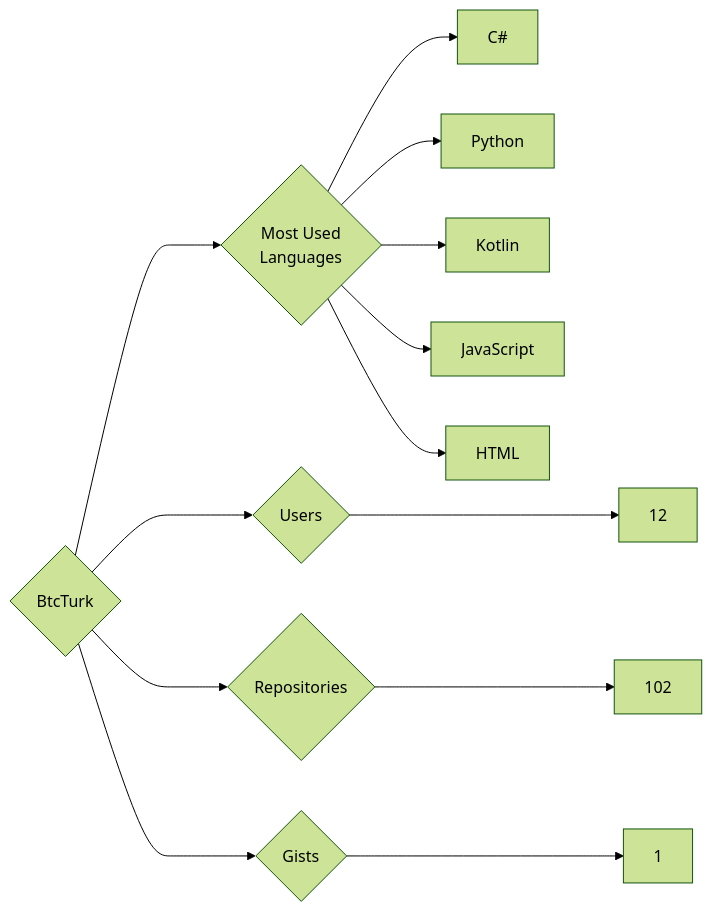
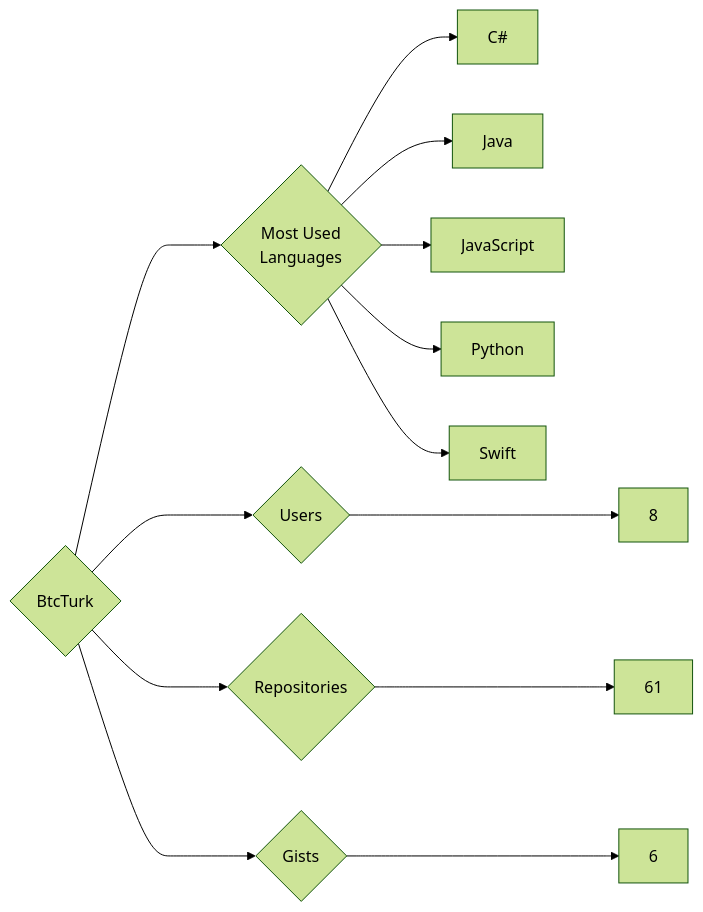
The diagram in targets/BtcTurk/README.md (trickest/insiders), drawn with Mermaid (forest theme) before and after one commit. The commit also changed 837 other files, not shown here.

````diff
--- a/targets/BtcTurk/README.md
+++ b/targets/BtcTurk/README.md
@@ -3,13 +3,13 @@
 ```mermaid
 graph LR
 COMPANY_NAME{BtcTurk}
-COMPANY_NAME ---> U{Users} ---> UN[12]
-COMPANY_NAME ---> R{Repositories} ---> RN[102]
-COMPANY_NAME ---> G{Gists} ---> GN[1]
+COMPANY_NAME ---> U{Users} ---> UN[8]
+COMPANY_NAME ---> R{Repositories} ---> RN[61]
+COMPANY_NAME ---> G{Gists} ---> GN[6]
 COMPANY_NAME ---> ML{Most Used<br>Languages}
 ML --> C#[C#]
+ML --> Java[Java]
+ML --> JavaScript[JavaScript]
 ML --> Python[Python]
-ML --> Kotlin[Kotlin]
-ML --> JavaScript[JavaScript]
-ML --> HTML[HTML]
+ML --> Swift[Swift]
 ```
````
